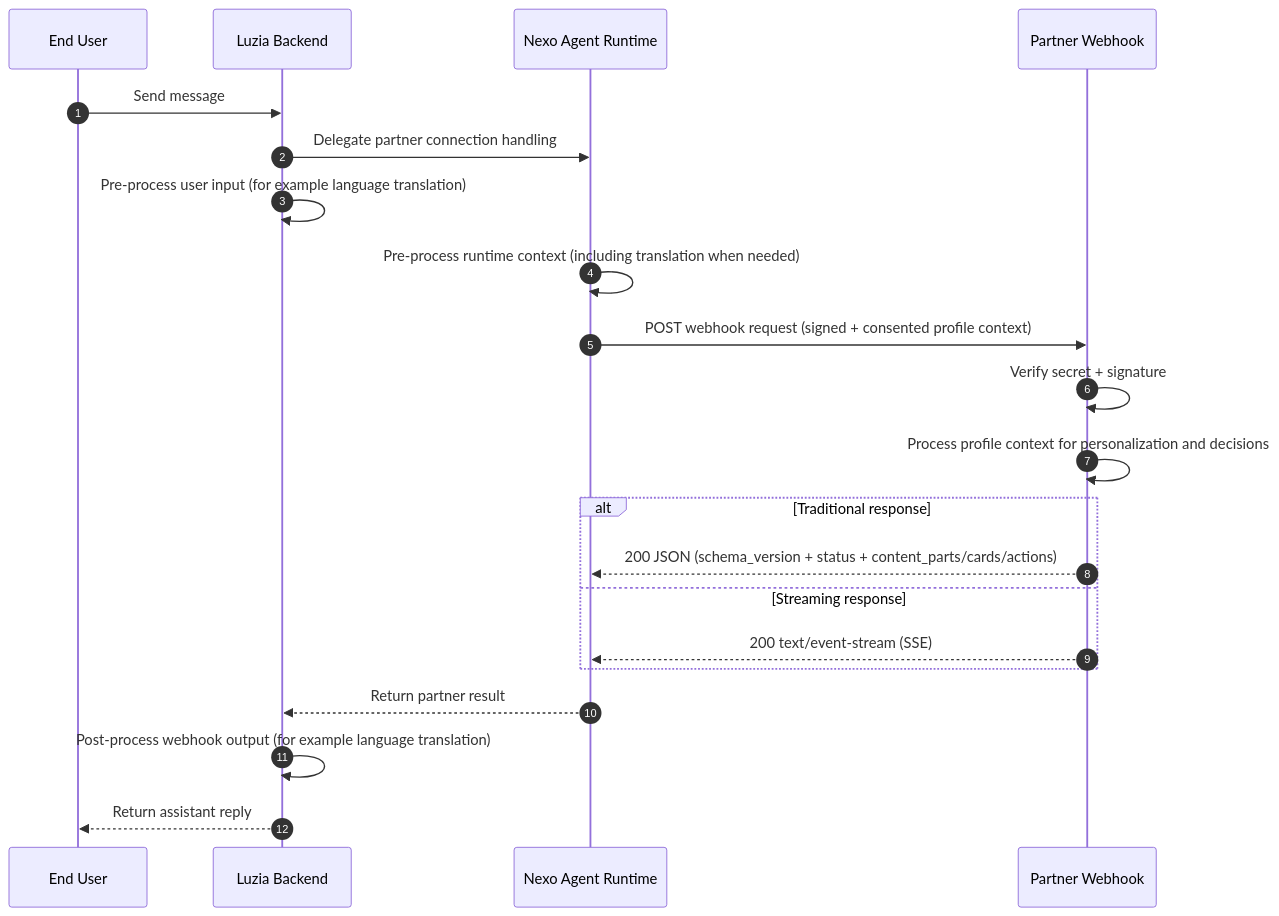
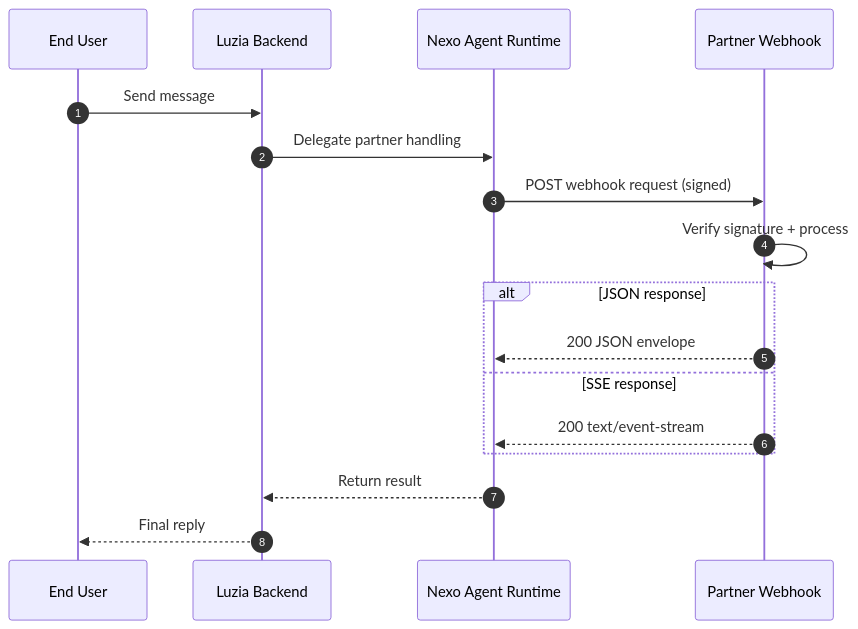
One commit to The-Wordlab/luzia-nexo-api changed the diagram in README.md. Above: the diagram before and after it, drawn with Mermaid. The commit also changed other lines of this file and 54 other files, not shown here.

````diff
--- a/README.md
+++ b/README.md
@@ -45,24 +26,20 @@
 ```mermaid
 sequenceDiagram
     autonumber
     participant User as End User
     participant Luzia as Luzia Backend
     participant Nexo as Nexo Agent Runtime
     participant Partner as Partner Webhook
 
     User->>Luzia: Send message
-    Luzia->>Nexo: Delegate partner connection handling
-    Luzia->>Luzia: Pre-process user input (for example language translation)
-    Nexo->>Nexo: Pre-process runtime context (including translation when needed)
-    Nexo->>Partner: POST webhook request (signed + consented profile context)
-    Partner->>Partner: Verify secret + signature
-    Partner->>Partner: Process profile context for personalization and decisions
-    alt Traditional response
-        Partner-->>Nexo: 200 JSON (schema_version + status + content_parts/cards/actions)
-    else Streaming response
-        Partner-->>Nexo: 200 text/event-stream (SSE)
+    Luzia->>Nexo: Delegate partner handling
+    Nexo->>Partner: POST webhook request (signed)
+    Partner->>Partner: Verify signature + process
+    alt JSON response
+        Partner-->>Nexo: 200 JSON envelope
+    else SSE response
+        Partner-->>Nexo: 200 text/event-stream
     end
-    Nexo-->>Luzia: Return partner result
-    Luzia->>Luzia: Post-process webhook output (for example language translation)
-    Luzia-->>User: Return assistant reply
+    Nexo-->>Luzia: Return result
+    Luzia-->>User: Final reply
 ```
````
